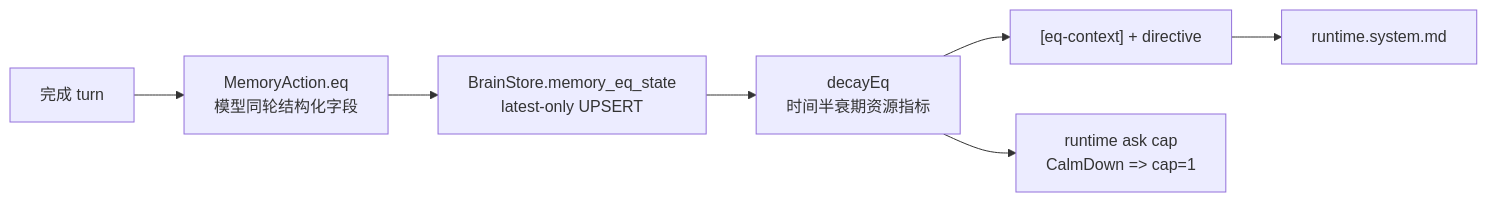
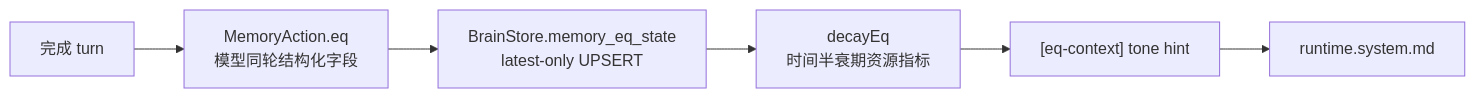
The diagram in docs/proposals/eq.module.md (flyflor/flyflor), drawn with Mermaid before and after one commit. The commit also changed other lines of this file and 129 other files, not shown here.

````diff
--- a/docs/proposals/eq.module.md
+++ b/docs/proposals/eq.module.md
@@ -27,9 +27,8 @@
 ```mermaid
 flowchart LR
     Turn["完成 turn"] --> Action["MemoryAction.eq<br/>模型同轮结构化字段"]
     Action --> Brain["BrainStore.memory_eq_state<br/>latest-only UPSERT"]
     Brain --> Decay["decayEq<br/>时间半衰期资源指标"]
-    Decay --> Prompt["[eq-context] + directive"]
+    Decay --> Prompt["[eq-context] tone hint"]
     Prompt --> Sys["runtime.system.md"]
-    Decay --> Runtime["runtime ask cap<br/>CalmDown => cap=1"]
 ```
````
